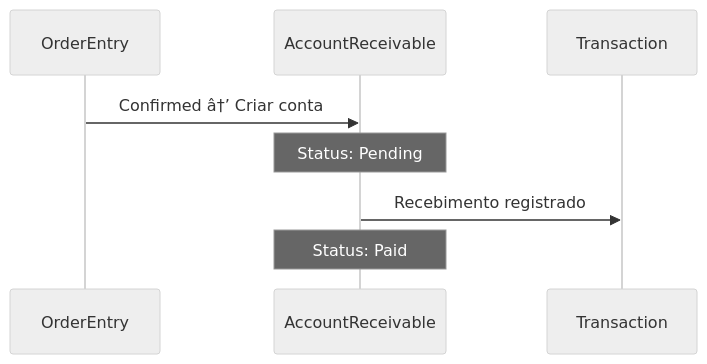
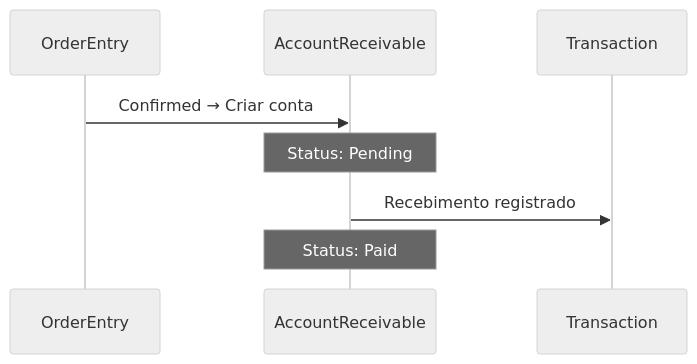
The seventh of 7 diagrams in GesN.Web/Context/DOMAIN CONTEXTS/DOMAIN_GUIDE.md (igor-spalenza/GesN), drawn with Mermaid (neutral theme) before and after one commit. The commit also changed other lines of this file and 10 other files, not shown here.

````diff
--- a/GesN.Web/Context/DOMAIN CONTEXTS/DOMAIN_GUIDE.md
+++ b/GesN.Web/Context/DOMAIN CONTEXTS/DOMAIN_GUIDE.md
@@ -1262,12 +1262,12 @@
 ```mermaid
 sequenceDiagram
     participant OE as OrderEntry
     participant AR as AccountReceivable
     participant T as Transaction
     
-    OE->>AR: Confirmed â†’ Criar conta
+    OE->>AR: Confirmed → Criar conta
     Note over AR: Status: Pending
     
     AR->>T: Recebimento registrado
     Note over AR: Status: Paid
 ```
````
